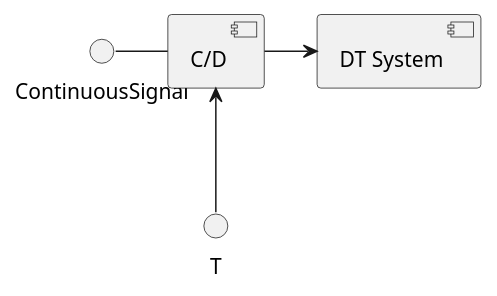
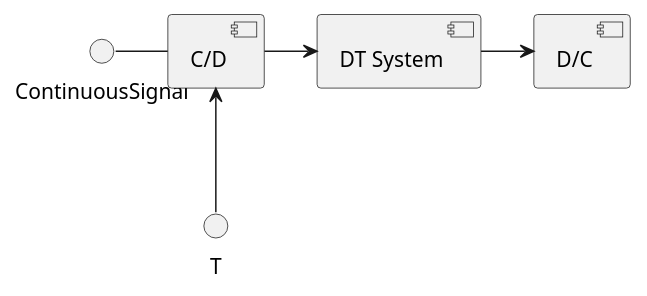
The diagram in Engineering/Signal-Processing/Digital signal processing.md (ashwinreddy/wiki), drawn with PlantUML before and after one commit.

Commit message:
Updated Digital signal processing.md (markdown)

```diff
--- a/Engineering/Signal-Processing/Digital signal processing.md
+++ b/Engineering/Signal-Processing/Digital signal processing.md
@@ -6,5 +6,6 @@
 @startuml
 ContinuousSignal - [C/D]
 [C/D] <-- T
 [C/D] -> [DT System]
+[DT System] -> [D/C]
 @enduml
```
